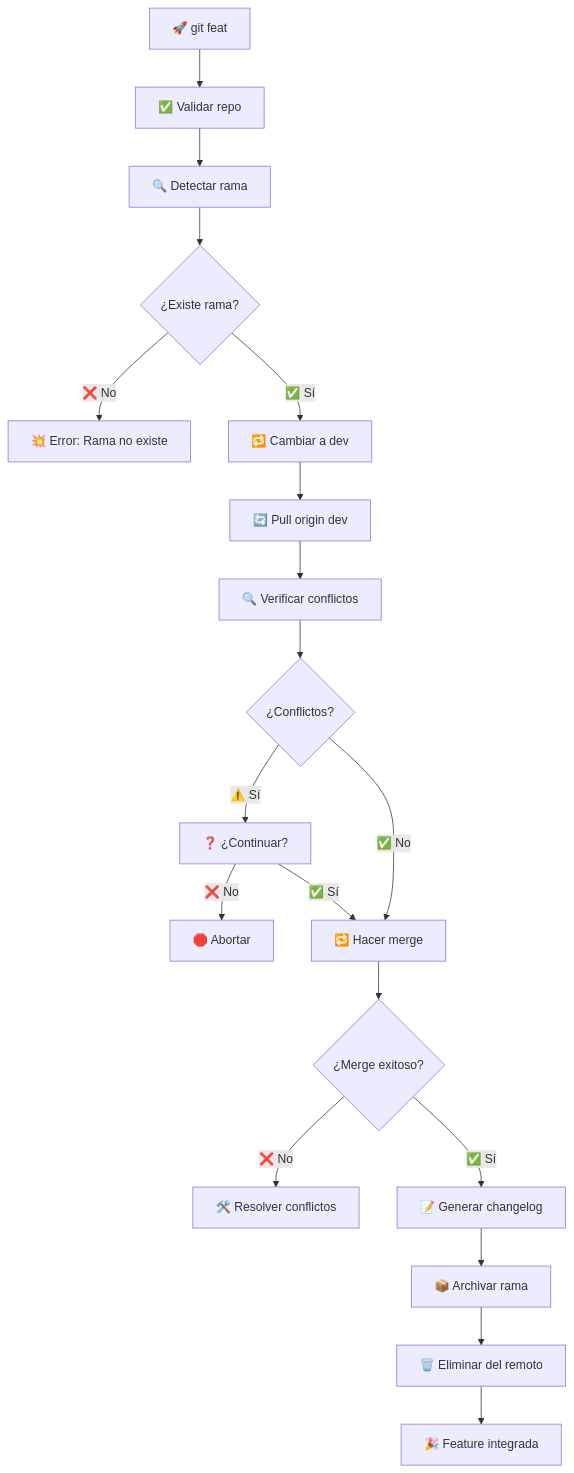
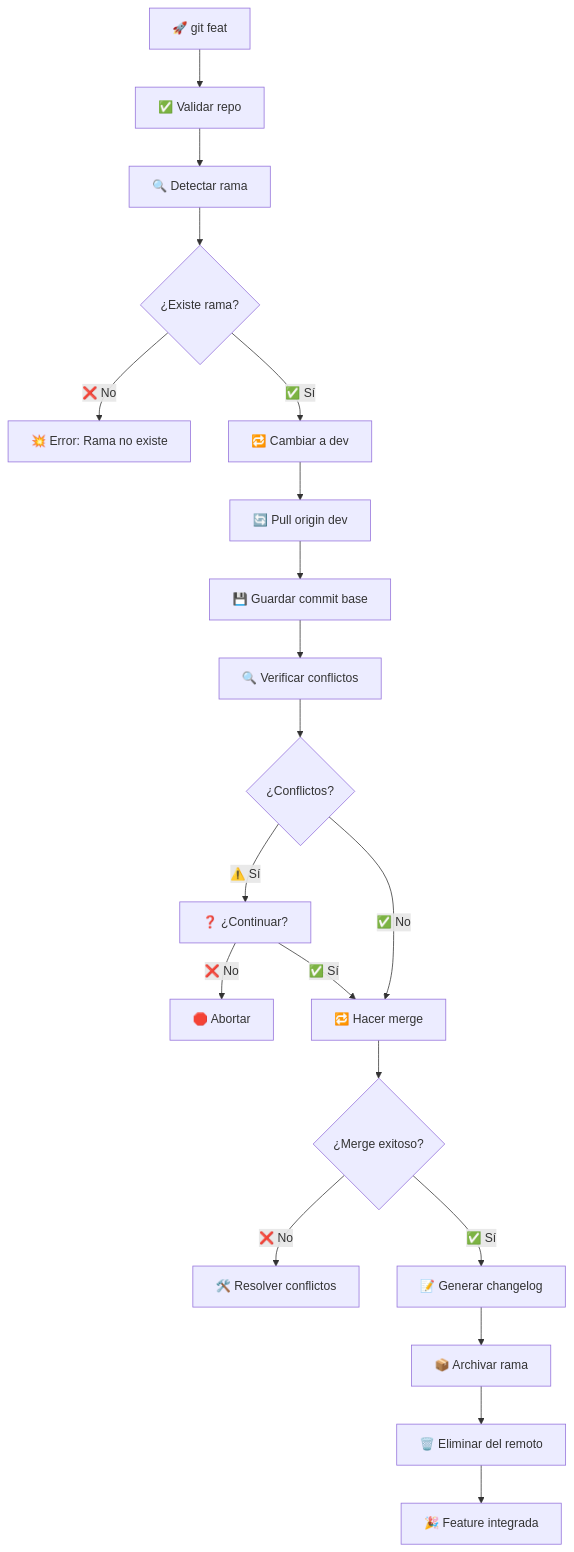
One commit to jesuserro/dotfiles changed the diagram in scripts/git_feat.md. Above: the diagram before and after it, drawn with Mermaid. The commit also changed other lines of this file and 1 other file, not shown here.

Commit message:
fix(git): fixed changelog generation to occur after successful merge to avoid conflicts

````diff
--- a/scripts/git_feat.md
+++ b/scripts/git_feat.md
@@ -109,21 +118,22 @@
 ```mermaid
 graph TD
     A[🚀 git feat <nombre>] --> B[✅ Validar repo]
     B --> C[🔍 Detectar rama]
     C --> D{¿Existe rama?}
     D -->|❌ No| E[💥 Error: Rama no existe]
     D -->|✅ Sí| F[🔁 Cambiar a dev]
     F --> G[🔄 Pull origin dev]
-    G --> H[🔍 Verificar conflictos]
-    H --> I{¿Conflictos?}
-    I -->|⚠️ Sí| J[❓ ¿Continuar?]
-    J -->|❌ No| K[🛑 Abortar]
-    J -->|✅ Sí| L[🔁 Hacer merge]
-    I -->|✅ No| L
-    L --> M{¿Merge exitoso?}
-    M -->|❌ No| N[🛠️ Resolver conflictos]
-    M -->|✅ Sí| O[📝 Generar changelog]
-    O --> P[📦 Archivar rama]
-    P --> Q[🗑️ Eliminar del remoto]
-    Q --> R[🎉 Feature integrada]
+    G --> H[💾 Guardar commit base]
+    H --> I[🔍 Verificar conflictos]
+    I --> J{¿Conflictos?}
+    J -->|⚠️ Sí| K[❓ ¿Continuar?]
+    K -->|❌ No| L[🛑 Abortar]
+    K -->|✅ Sí| M[🔁 Hacer merge]
+    J -->|✅ No| M
+    M --> N{¿Merge exitoso?}
+    N -->|❌ No| O[🛠️ Resolver conflictos]
+    N -->|✅ Sí| P[📝 Generar changelog]
+    P --> Q[📦 Archivar rama]
+    Q --> R[🗑️ Eliminar del remoto]
+    R --> S[🎉 Feature integrada]
 ```
````
